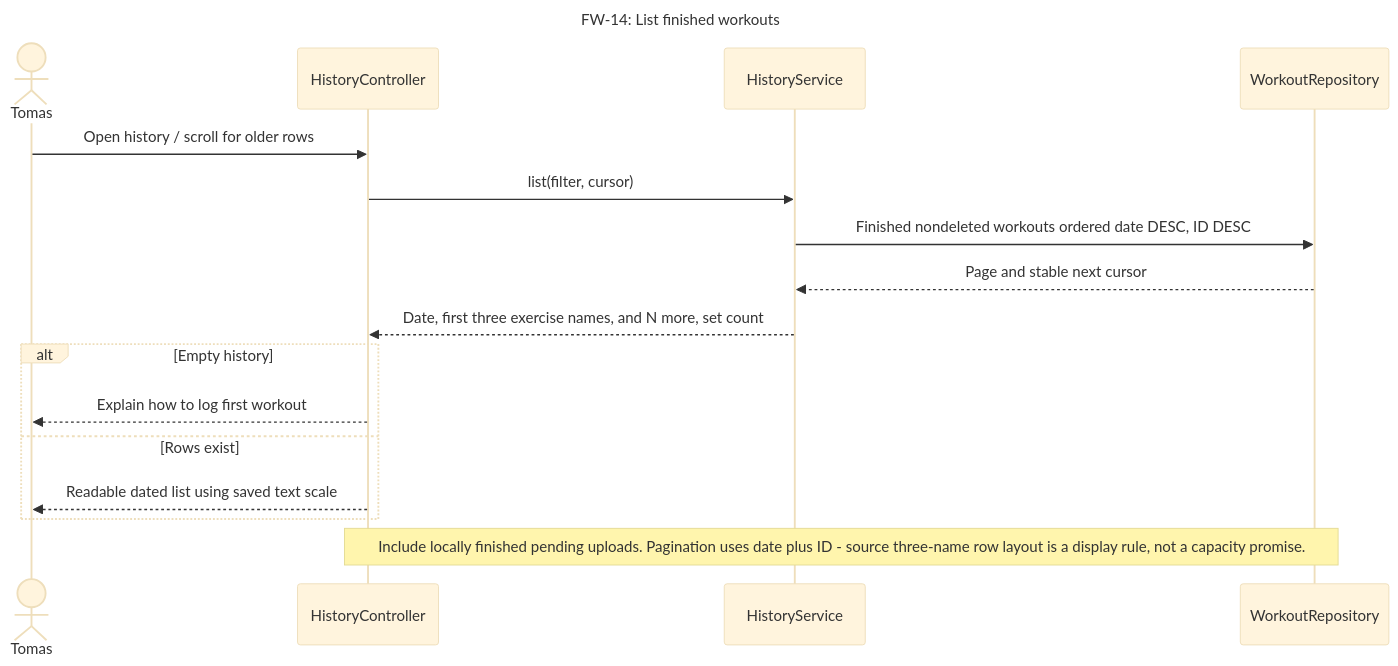
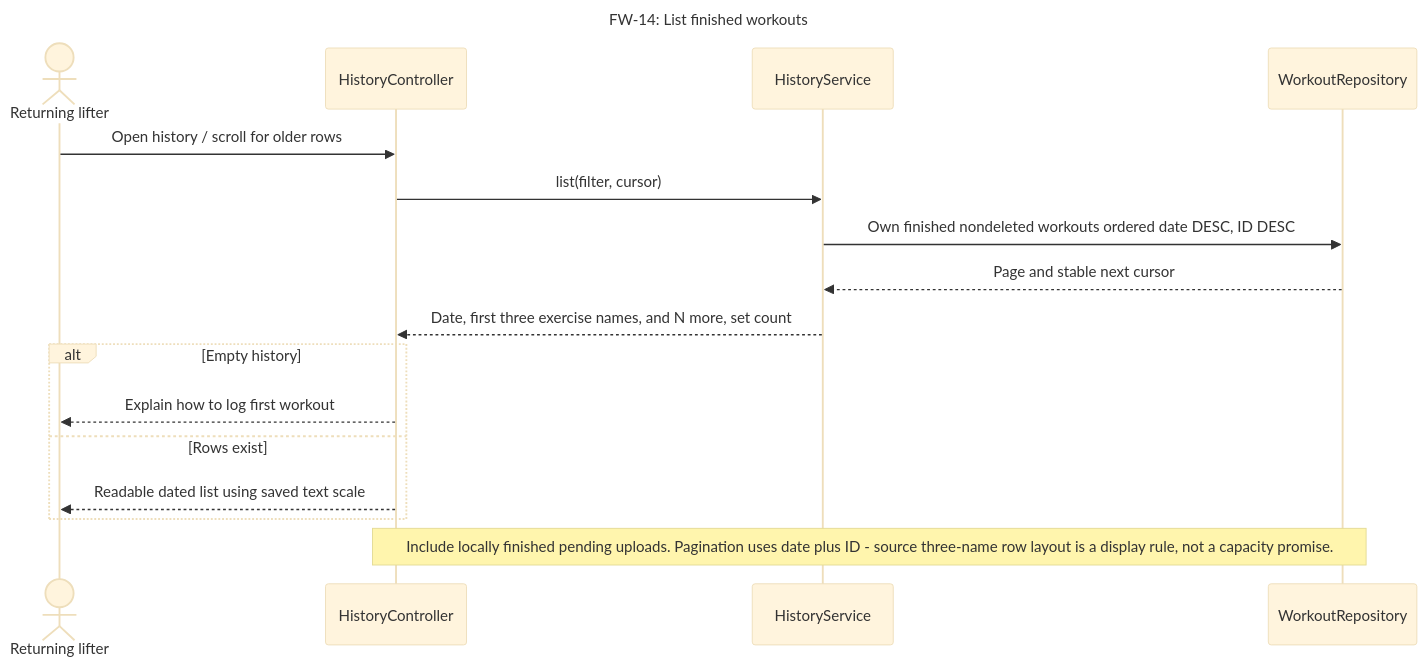
Before and after one commit to SebasLopez2005/SWEProject1: diagram 25 of 42 in docs/part2/design/README.md, drawn with Mermaid (base theme). The commit also changed other lines of this file and 43 other files, not shown here.

Commit message:
Align fitness diagrams with revised professor-reviewed report

````diff
--- a/docs/part2/design/README.md
+++ b/docs/part2/design/README.md
@@ -1366,19 +1368,19 @@
 ```mermaid
 sequenceDiagram
     title FW-14: List finished workouts
-    actor U as Tomas
+    actor U as Returning lifter
     participant C as HistoryController
     participant S as HistoryService
     participant R as WorkoutRepository
     U->>C: Open history / scroll for older rows
     C->>S: list(filter, cursor)
-    S->>R: Finished nondeleted workouts ordered date DESC, ID DESC
+    S->>R: Own finished nondeleted workouts ordered date DESC, ID DESC
     R-->>S: Page and stable next cursor
     S-->>C: Date, first three exercise names, and N more, set count
     alt Empty history
      C-->>U: Explain how to log first workout
     else Rows exist
      C-->>U: Readable dated list using saved text scale
     end
     Note over C,R: Include locally finished pending uploads. Pagination uses date plus ID -  source three-name row layout is a display rule, not a capacity promise.
 ```
````
